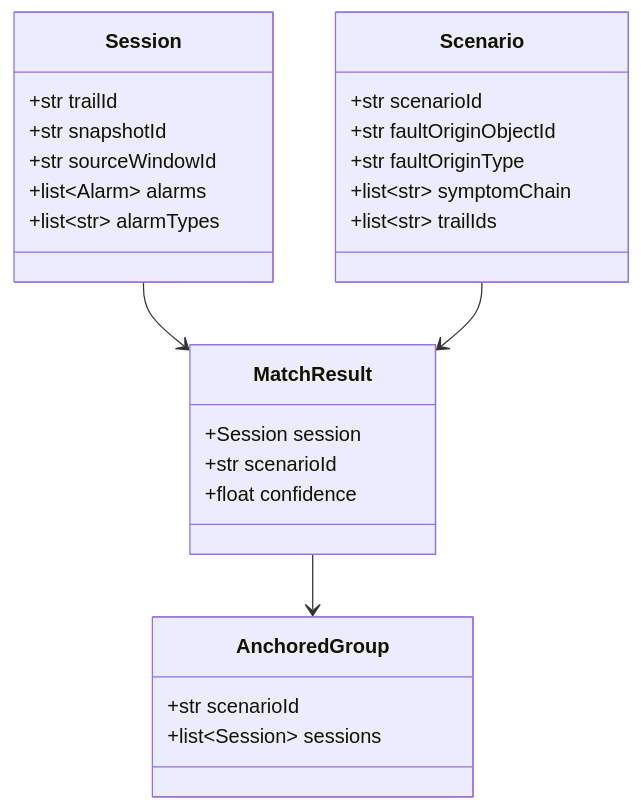
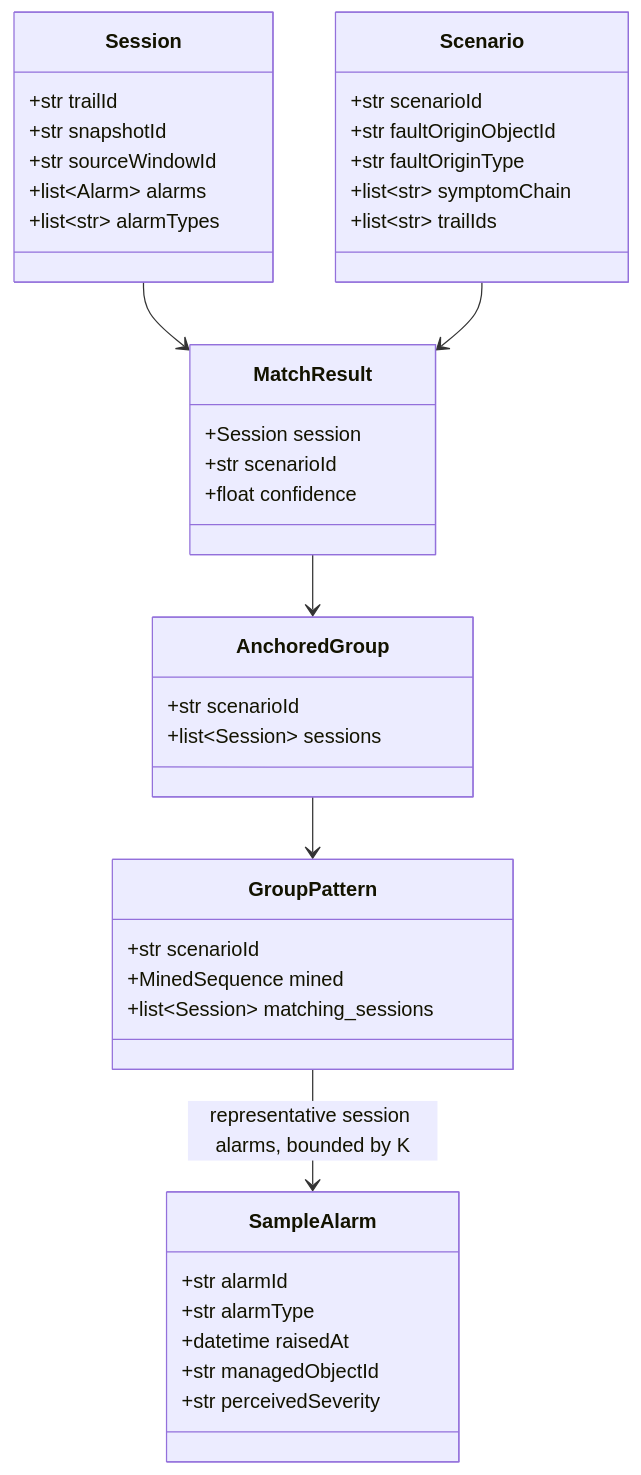
One commit to nikhilmohan/correlation-platform changed the second of 8 diagrams in services/pattern-miner/design.md. Above: the diagram before and after it, drawn with Mermaid. The commit also changed other lines of this file, not shown here.

First line of the commit message:
design(pattern-miner): sampleAlarms[] XAI member-alarm evidence on PatternMinedEvent

````diff
--- a/services/pattern-miner/design.md
+++ b/services/pattern-miner/design.md
@@ -199,29 +240,43 @@
 ```mermaid
 classDiagram
   class Session {
     +str trailId
     +str snapshotId
     +str sourceWindowId
     +list~Alarm~ alarms
     +list~str~ alarmTypes
   }
   class Scenario {
     +str scenarioId
     +str faultOriginObjectId
     +str faultOriginType
     +list~str~ symptomChain
     +list~str~ trailIds
   }
   class MatchResult {
     +Session session
     +str scenarioId
     +float confidence
   }
   class AnchoredGroup {
     +str scenarioId
     +list~Session~ sessions
   }
+  class GroupPattern {
+    +str scenarioId
+    +MinedSequence mined
+    +list~Session~ matching_sessions
+  }
+  class SampleAlarm {
+    +str alarmId
+    +str alarmType
+    +datetime raisedAt
+    +str managedObjectId
+    +str perceivedSeverity
+  }
   Session --> MatchResult
   Scenario --> MatchResult
   MatchResult --> AnchoredGroup
+  AnchoredGroup --> GroupPattern
+  GroupPattern --> SampleAlarm : representative session alarms, bounded by K
 ```
````
